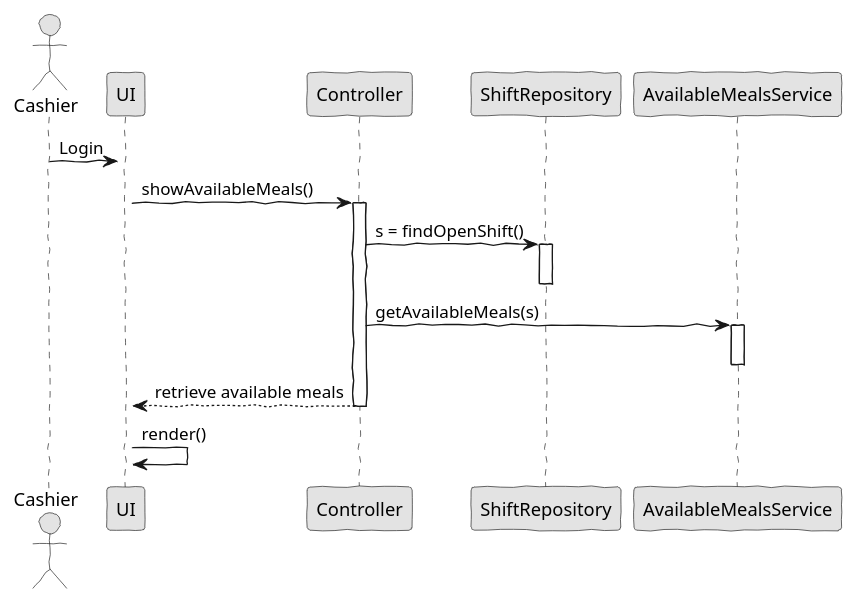
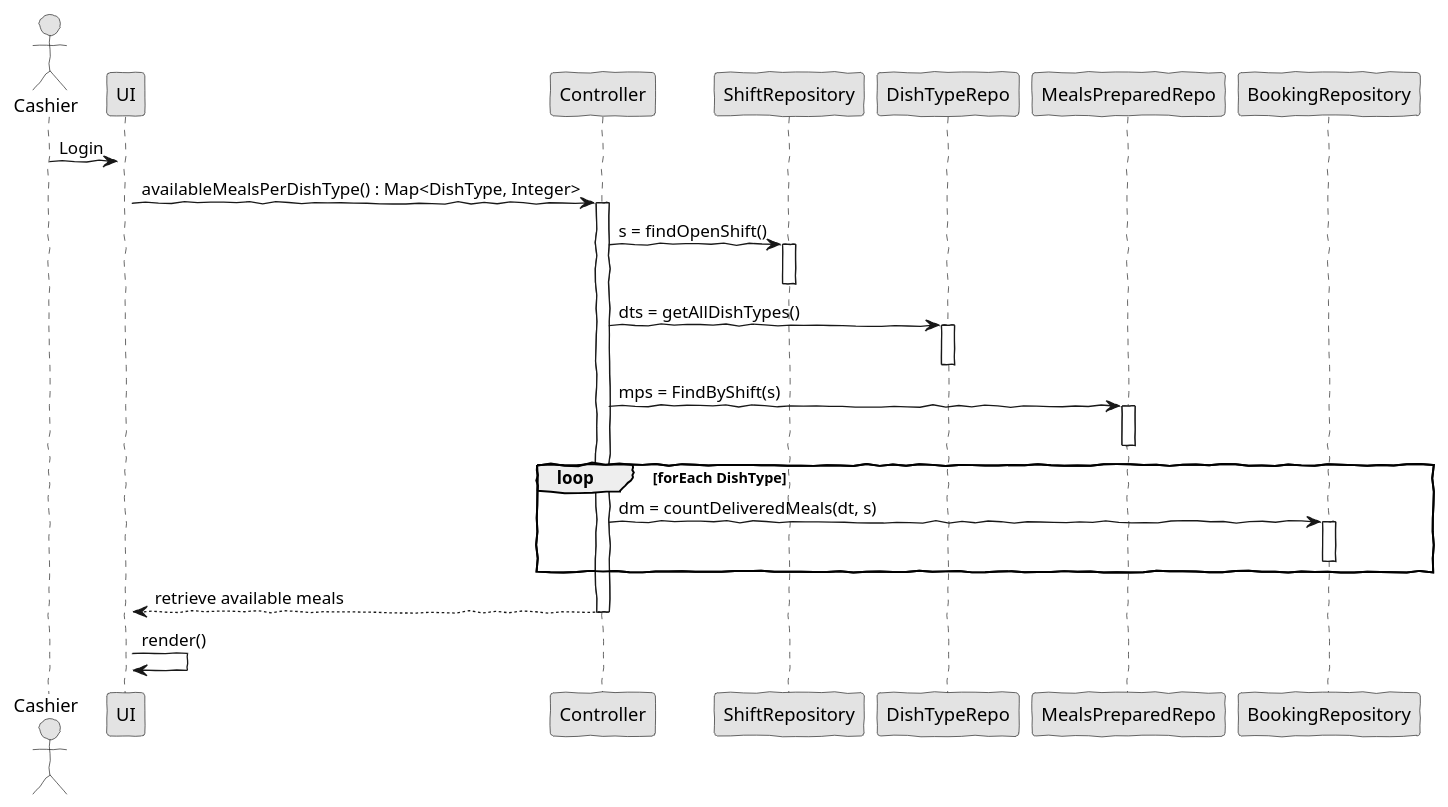
The diagram in documentation/CashierOperations/UC-CO-04-PreviewAvailableMeals/PreviewAvailableMealsSD.puml (Ren1140822/EAPLI), drawn with PlantUML before and after one commit. The commit also changed other lines of this file and 7 other files, not shown here.

Commit message:
updates UC analysis & design diagrams [UC-CO-04][issue #27][peer-programming @ivoferroo]

```diff
--- a/documentation/CashierOperations/UC-CO-04-PreviewAvailableMeals/PreviewAvailableMealsSD.puml
+++ b/documentation/CashierOperations/UC-CO-04-PreviewAvailableMeals/PreviewAvailableMealsSD.puml
@@ -1,26 +1,34 @@
 @startuml
 
 'http://plantuml.com/skinparam.html
 skinparam handwritten true
 skinparam monochrome true
 skinparam packageStyle rect
 skinparam defaultFontName FG Virgil
 skinparam shadowing false
 
 actor Cashier
 
 Cashier -> UI : Login
 Activate UI
-UI -> Controller : showAvailableMeals()
+UI -> Controller : availableMealsPerDishType() : Map<DishType, Integer>
 Activate Controller
 Controller -> ShiftRepository : s = findOpenShift()
 Activate ShiftRepository
 Deactivate ShiftRepository
-Controller -> AvailableMealsService : getAvailableMeals(s)
-Activate AvailableMealsService
-Deactivate AvailableMealsService
+Controller -> DishTypeRepo : dts = getAllDishTypes()
+Activate DishTypeRepo
+Deactivate DishTypeRepo
+Controller -> MealsPreparedRepo : mps = FindByShift(s)
+Activate MealsPreparedRepo
+Deactivate MealsPreparedRepo
+loop forEach DishType
+Controller -> BookingRepository : dm = countDeliveredMeals(dt, s)
+Activate BookingRepository
+Deactivate BookingRepository
+end
 Controller --> UI :retrieve available meals
 Deactivate Controller
 UI -> UI : render()
 
 @enduml
```
